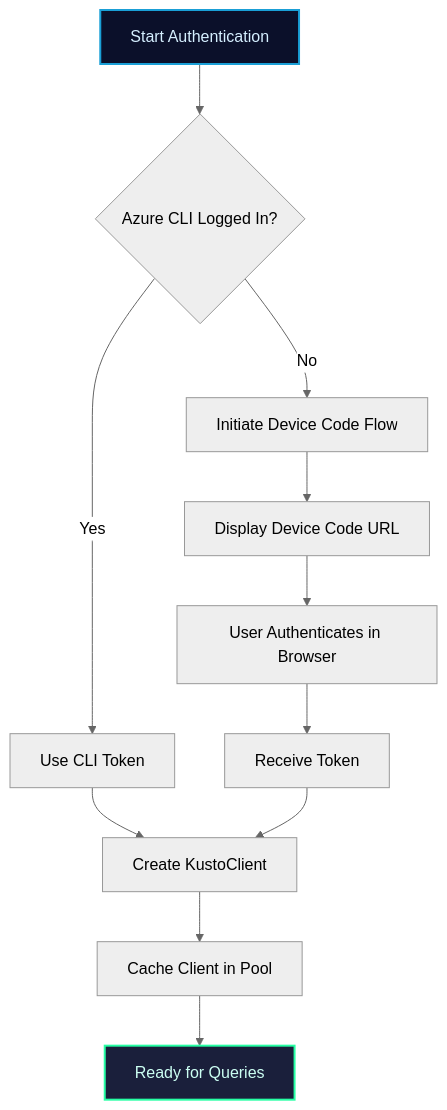
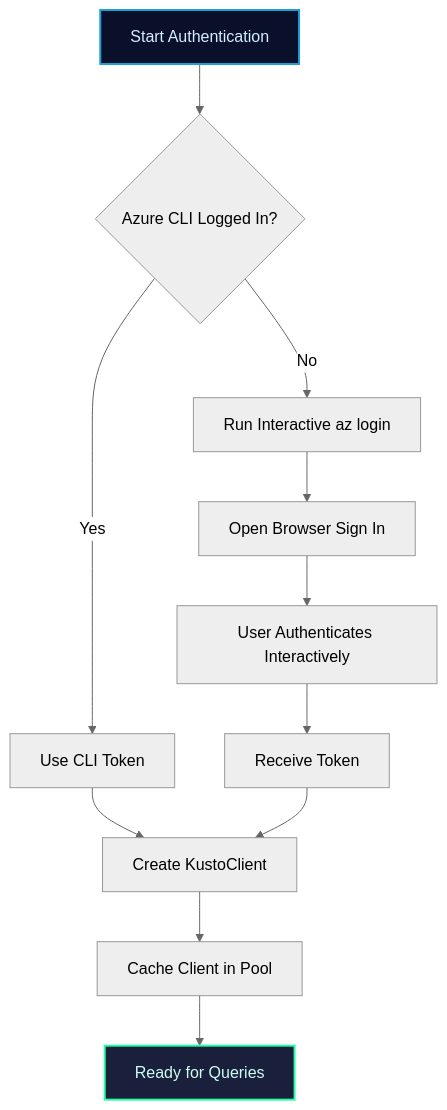
The fifth of 5 diagrams in docs/architecture.md (4R9UN/mcp-kql-server), drawn with Mermaid (neutral theme) before and after one commit. The commit also changed other lines of this file and 34 other files, not shown here.

````diff
--- a/docs/architecture.md
+++ b/docs/architecture.md
@@ -554,20 +554,20 @@
 ```mermaid
 flowchart TD
     A[Start Authentication] --> B{Azure CLI Logged In?}
-    
+
     B -->|Yes| C[Use CLI Token]
-    B -->|No| D[Initiate Device Code Flow]
-    
-    D --> E[Display Device Code URL]
-    E --> F[User Authenticates in Browser]
+    B -->|No| D[Run Interactive az login]
+
+    D --> E[Open Browser Sign In]
+    E --> F[User Authenticates Interactively]
     F --> G[Receive Token]
-    
+
     C --> H[Create KustoClient]
     G --> H
-    
+
     H --> I[Cache Client in Pool]
     I --> J[Ready for Queries]
-    
+
     style A fill:#0b102a,stroke:#1a9fd6,stroke-width:2px,color:#d5efff
     style J fill:#1a1f3b,stroke:#26ffa4,stroke-width:2px,color:#ccfff3
 ```
````
